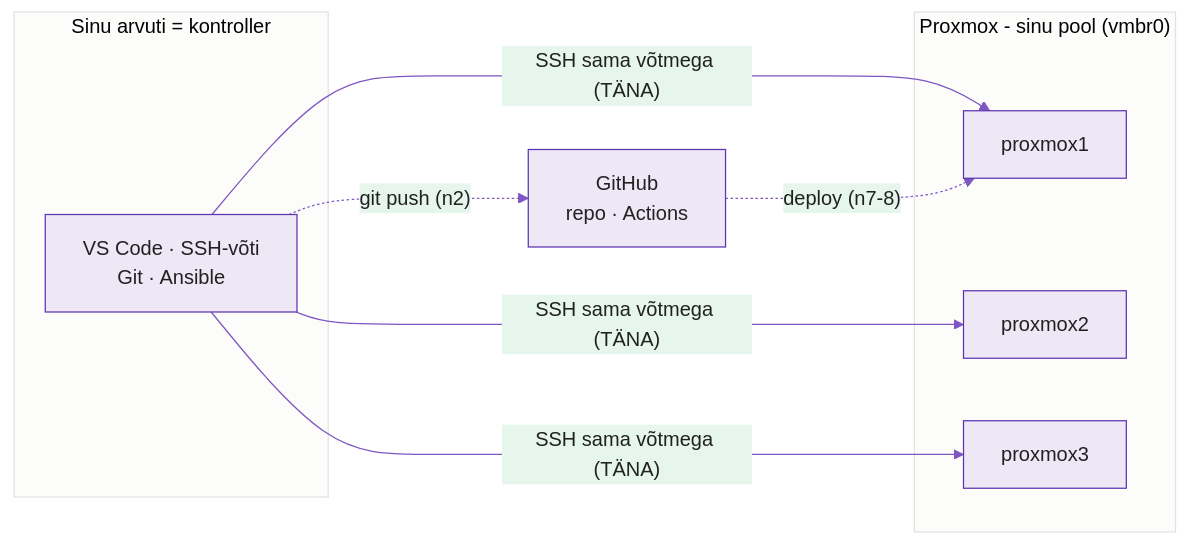
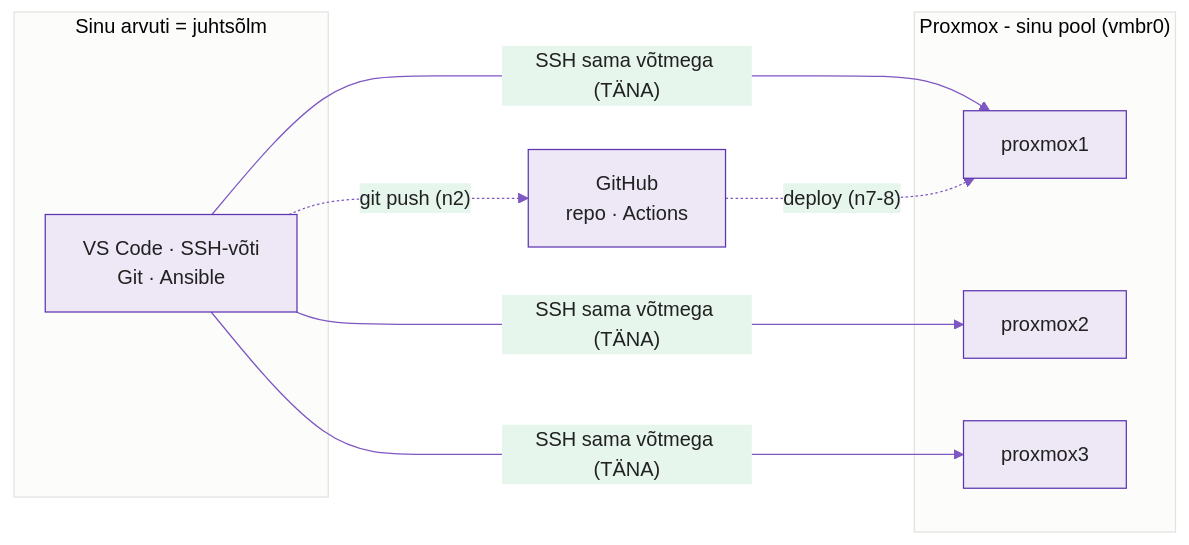
The diagram in docs/week01/lab.md (hkhk-automation/devops), drawn with Mermaid before and after one commit. The commit also changed other lines of this file, not shown here.

Commit message:
N1 praktikum: SSH-test ssh proxmoxN hostname (tagasi oma arvutisse), pärast Remote-SSH tagasi kohalikku kausta, kohustuslik ja valikuline töö alguses, juhtsõlm, sshd teenuse nimi, known_hosts katse pealkiri vastab tegevusele

````diff
--- a/docs/week01/lab.md
+++ b/docs/week01/lab.md
@@ -29,18 +29,18 @@
 ```mermaid
 %%{init: {'theme':'base','themeVariables':{'primaryColor':'#ede7f6','primaryBorderColor':'#5e35b1','primaryTextColor':'#212121','lineColor':'#7e57c2'}}}%%
 graph LR
-    subgraph SA[Sinu arvuti = kontroller]
+    subgraph SA[Sinu arvuti = juhtsõlm]
         VSC["VS Code · SSH-võti<br/>Git · Ansible"]
     end
     subgraph PX["Proxmox - sinu pool (vmbr0)"]
         N1[proxmox1]
         N2[proxmox2]
         N3[proxmox3]
     end
     GH["GitHub<br/>repo · Actions"]
     VSC -- "SSH sama võtmega (TÄNA)" --> N1
     VSC -- "SSH sama võtmega (TÄNA)" --> N2
     VSC -- "SSH sama võtmega (TÄNA)" --> N3
     VSC -. "git push (n2)" .-> GH
     GH -. "deploy (n7-8)" .-> N1
 ```
````
